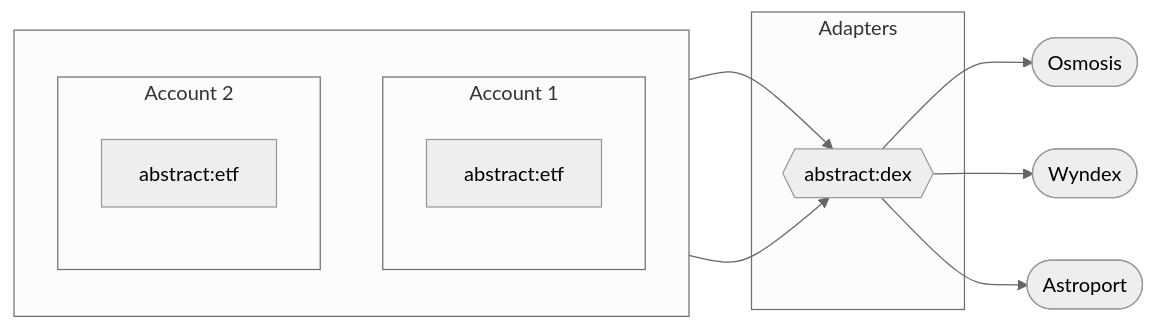
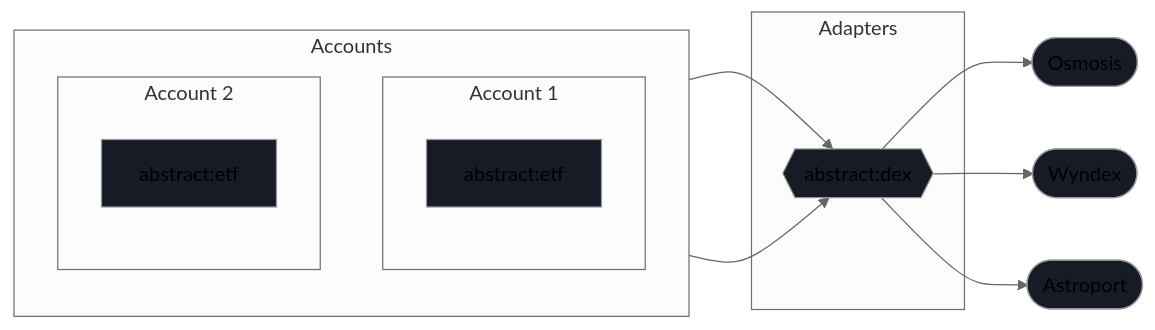
One commit to AbstractSDK/abstract changed the diagram in framework/docs/src/3_framework/7_module_types.md. Above: the diagram before and after it, drawn with Mermaid (neutral theme). The commit also changed other lines of this file and 31 other files, not shown here.

````diff
--- a/framework/docs/src/3_framework/7_module_types.md
+++ b/framework/docs/src/3_framework/7_module_types.md
@@ -37,23 +60,29 @@
 ```mermaid
 flowchart LR
-	subgraph Accounts[" "]
-		direction BT
-		subgraph Acc1["Account 1"]
-		    App1["abstract:etf"]
-		end
-		subgraph Acc2["Account 2"]
-			App2["abstract:etf"]
-		end
+  subgraph Accounts
+    direction BT
+    subgraph Acc1["Account 1"]
+      App1["abstract:etf"]
+    end
+    subgraph Acc2["Account 2"]
+      App2["abstract:etf"]
+    end
   end
 
 
   subgraph Adapters
-	  Acc1-->Adapter1{{"abstract:dex"}}
-	  Acc2-->Adapter1
+    Acc1 --> Adapter1{{"abstract:dex"}}
+    Acc2 --> Adapter1
   end
-  
-  Adapter1-->dex1([Osmosis])
-  Adapter1-->dex2([Wyndex])
-  Adapter1-->dex3([Astroport])
 
+  Adapter1 --> dex1([Osmosis])
+  Adapter1 --> dex2([Wyndex])
+  Adapter1 --> dex3([Astroport])
+
+  style App1 fill: #161b25
+  style App2 fill: #161b25
+  style Adapter1 fill: #161b25
+  style dex1 fill: #161b25
+  style dex2 fill: #161b25
+  style dex3 fill: #161b25
 ```
````
